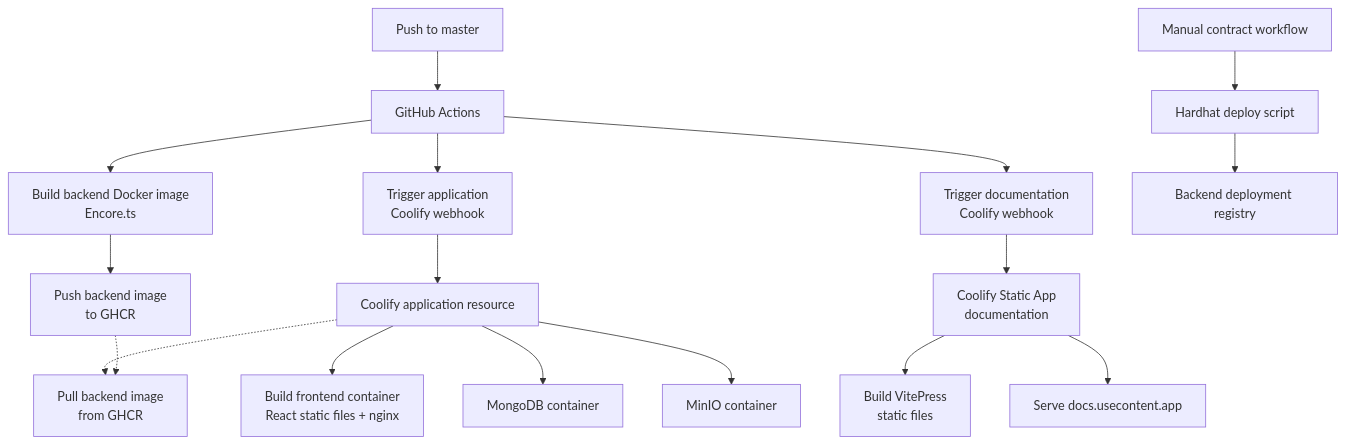
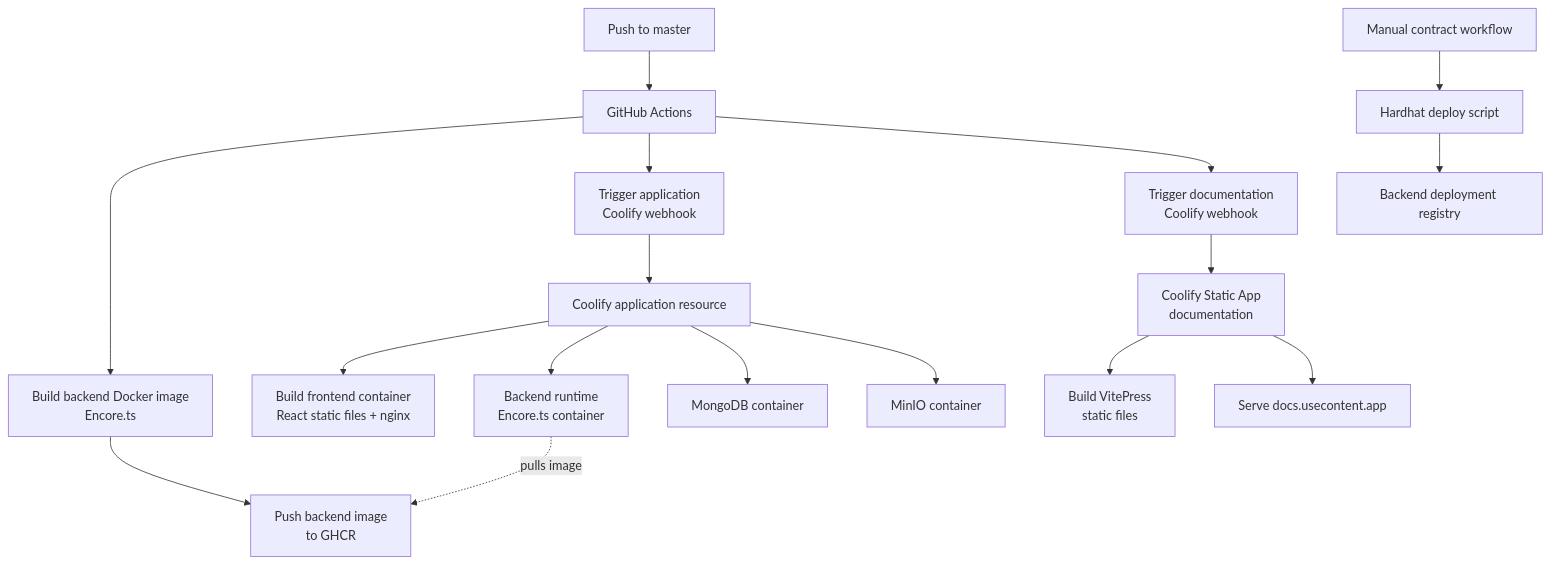
The first of 3 diagrams in documentation/deployment/index.md (akhmetovKamil/useContent), drawn with Mermaid before and after one commit. The commit also changed other lines of this file and 4 other files, not shown here.

Commit message:
Improve documentation deployment diagrams

````diff
--- a/documentation/deployment/index.md
+++ b/documentation/deployment/index.md
@@ -23,23 +23,23 @@
 ```mermaid
 flowchart TD
     Push["Push to master"] --> Actions["GitHub Actions"]
     Actions --> BackendImage["Build backend Docker image<br/>Encore.ts"]
     BackendImage --> GHCR["Push backend image<br/>to GHCR"]
     Actions --> AppWebhook["Trigger application<br/>Coolify webhook"]
     Actions --> DocsWebhook["Trigger documentation<br/>Coolify webhook"]
 
     AppWebhook --> CoolifyApp["Coolify application resource"]
     DocsWebhook --> CoolifyDocs["Coolify Static App<br/>documentation"]
 
     CoolifyApp --> Frontend["Build frontend container<br/>React static files + nginx"]
-    CoolifyApp -.-> Backend["Pull backend image<br/>from GHCR"]
+    CoolifyApp --> Backend["Backend runtime<br/>Encore.ts container"]
+    Backend -.->|pulls image| GHCR
     CoolifyApp --> Mongo["MongoDB container"]
     CoolifyApp --> MinIO["MinIO container"]
-    GHCR -.-> Backend
 
     CoolifyDocs --> DocsBuild["Build VitePress<br/>static files"]
     CoolifyDocs --> DocsStatic["Serve docs.usecontent.app"]
 
     Manual["Manual contract workflow"] --> Hardhat["Hardhat deploy script"]
     Hardhat --> Registry["Backend deployment registry"]
 ```
````
